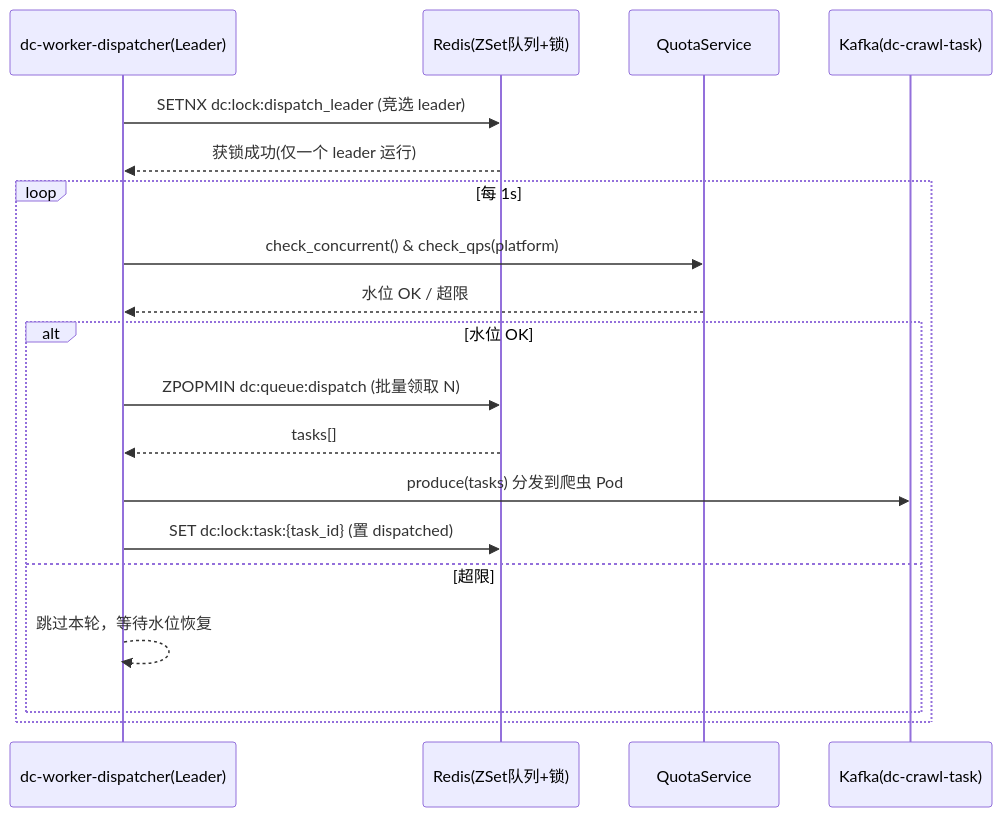
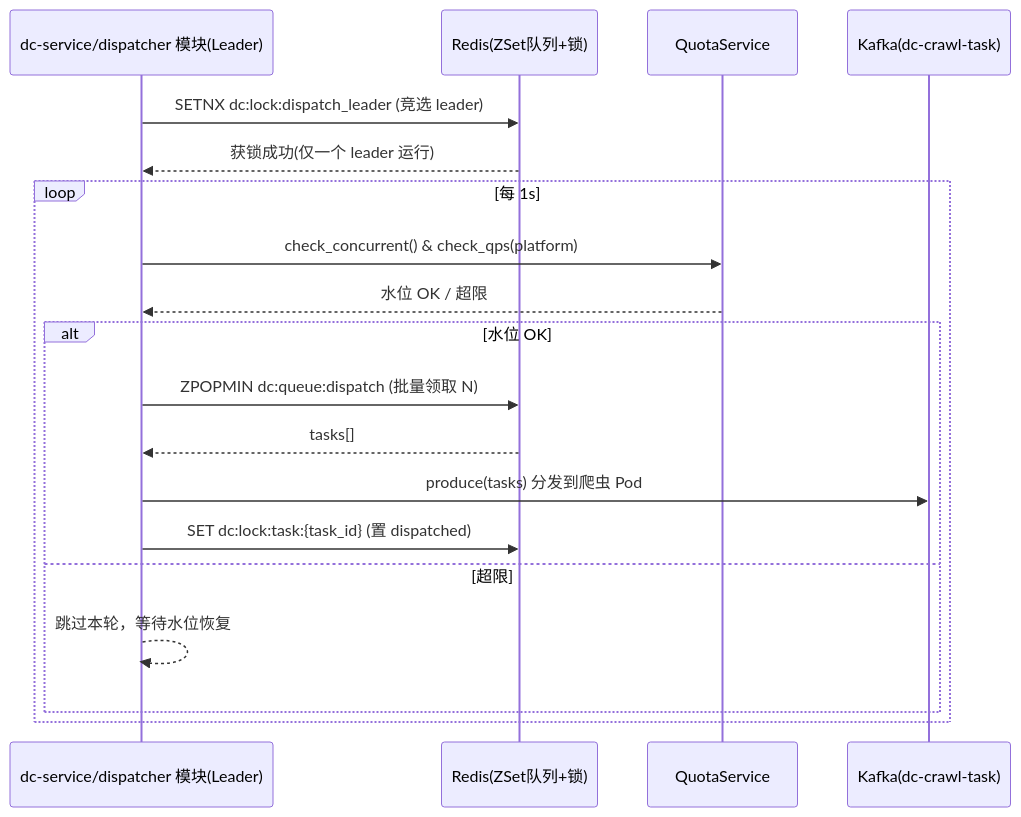
Before and after one commit to Sj-g/obsidian: the fourth of 9 diagrams in 公司项目/认知作战/文档/软件详细设计说明-DC子系统.md, drawn with Mermaid. The commit also changed other lines of this file and 3 other files, not shown here.

````diff
--- a/公司项目/认知作战/文档/软件详细设计说明-DC子系统.md
+++ b/公司项目/认知作战/文档/软件详细设计说明-DC子系统.md
@@ -328,21 +321,21 @@
 ```mermaid
 sequenceDiagram
-    participant L as dc-worker-dispatcher(Leader)
+    participant L as dc-service/dispatcher 模块(Leader)
     participant R as Redis(ZSet队列+锁)
     participant Q as QuotaService
     participant K as Kafka(dc-crawl-task)
     L->>R: SETNX dc:lock:dispatch_leader (竞选 leader)
     R-->>L: 获锁成功(仅一个 leader 运行)
     loop 每 1s
         L->>Q: check_concurrent() & check_qps(platform)
         Q-->>L: 水位 OK / 超限
         alt 水位 OK
             L->>R: ZPOPMIN dc:queue:dispatch (批量领取 N)
             R-->>L: tasks[]
             L->>K: produce(tasks) 分发到爬虫 Pod
             L->>R: SET dc:lock:task:{task_id} (置 dispatched)
         else 超限
             L-->>L: 跳过本轮，等待水位恢复
         end
     end
 ```
````
